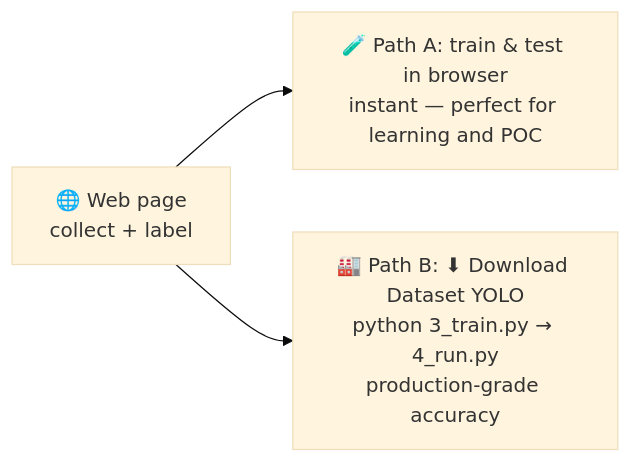
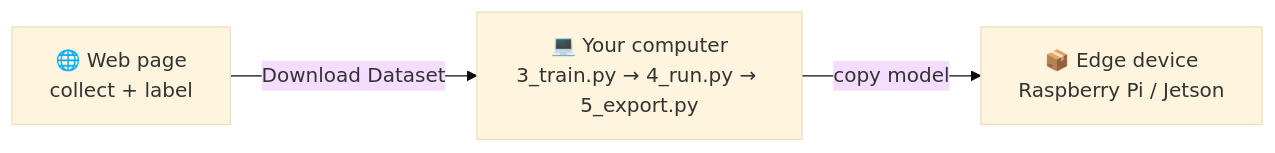
The diagram in README.md (TESR-Channel/AI_vision_Trainer), drawn with Mermaid (base theme) before and after one commit. The commit also changed other lines of this file, not shown here.

Commit message:
README.md: one-path story (web -> PC train/export -> edge), language-toggle note, Thai summary section, typo fixes

````diff
--- a/README.md
+++ b/README.md
@@ -72,5 +43,5 @@
 ```mermaid
 flowchart LR
-    W[🌐 Web page<br>collect + label] --> A[🧪 Path A: train & test in browser<br>instant — perfect for learning and POC]
-    W --> B[🏭 Path B: ⬇ Download Dataset YOLO<br>python 3_train.py → 4_run.py<br>production-grade accuracy]
+    A[🌐 Web page\ncollect + label] -->|Download Dataset| B[💻 Your computer\n3_train.py → 4_run.py → 5_export.py]
+    B -->|copy model| C[📦 Edge device\nRaspberry Pi / Jetson]
 ```
````
